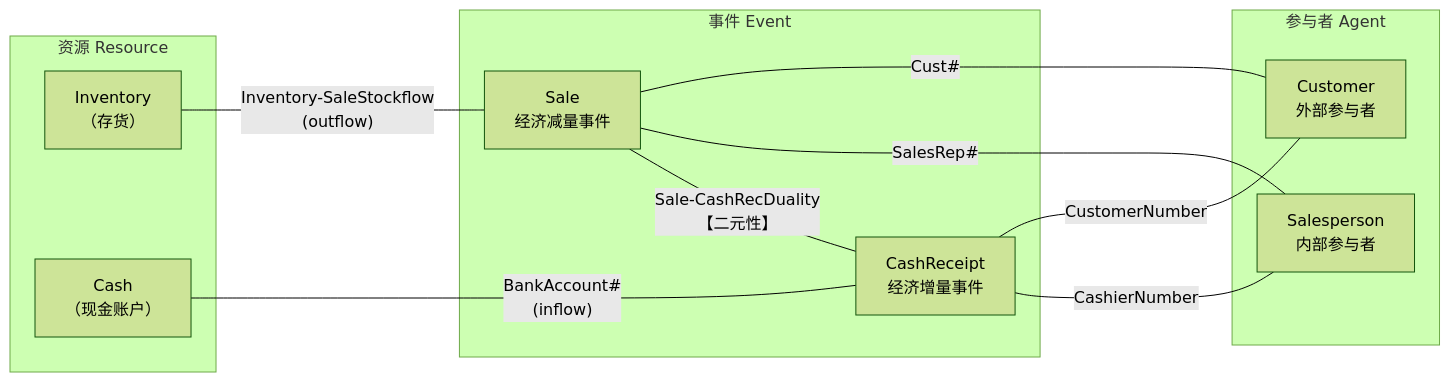
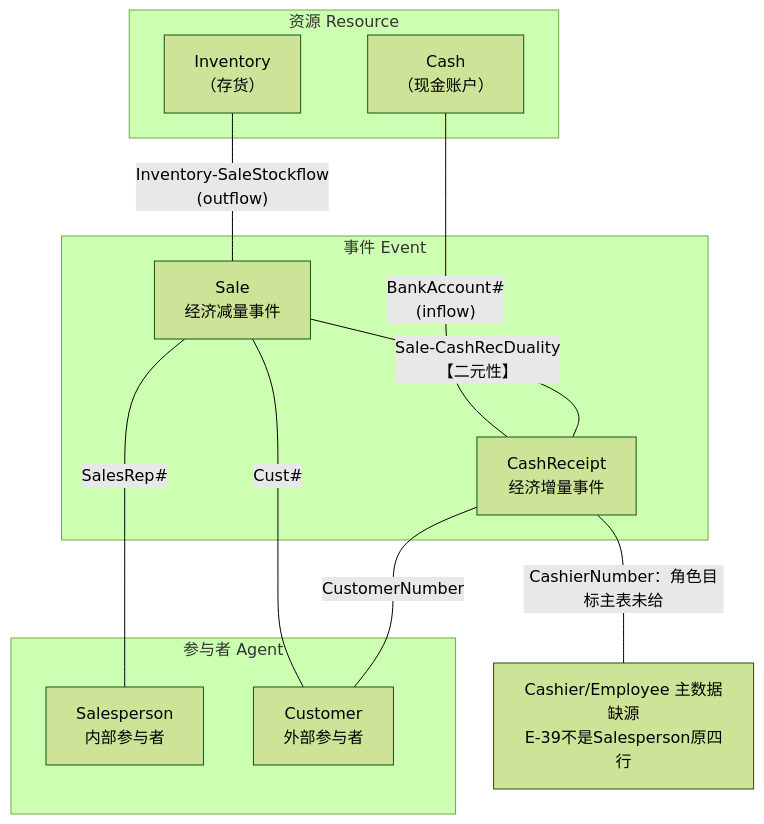
Before and after one commit to CercaTrovato/cityu-ai-course-notes: the seventh of 18 diagrams in AC6761_Artificial_Intelligence_Accounting/notes/M06-ACCESS数据库构建与查询.md, drawn with Mermaid (forest theme). The commit also changed other lines of this file and 116 other files, not shown here.

````diff
--- a/AC6761_Artificial_Intelligence_Accounting/notes/M06-ACCESS数据库构建与查询.md
+++ b/AC6761_Artificial_Intelligence_Accounting/notes/M06-ACCESS数据库构建与查询.md
@@ -1843,22 +1845,22 @@
 ```mermaid
-flowchart LR
+flowchart TD
     subgraph R["资源 Resource"]
         INV["Inventory<br/>（存货）"]
         CASH["Cash<br/>（现金账户）"]
     end
     subgraph E["事件 Event"]
         SALE["Sale<br/>经济减量事件"]
         CR["CashReceipt<br/>经济增量事件"]
     end
     subgraph A["参与者 Agent"]
         SP["Salesperson<br/>内部参与者"]
         CUST["Customer<br/>外部参与者"]
     end
     INV ---|"Inventory-SaleStockflow<br/>(outflow)"| SALE
     CASH ---|"BankAccount#<br/>(inflow)"| CR
     SALE ---|"Sale-CashRecDuality<br/>【二元性】"| CR
     SALE ---|"SalesRep#"| SP
     SALE ---|"Cust#"| CUST
-    CR ---|"CashierNumber"| SP
+    CR ---|"CashierNumber：角色目标主表未给"| CASHIER["Cashier/Employee 主数据缺源<br/>E-39不是Salesperson原四行"]
     CR ---|"CustomerNumber"| CUST
 ```
````
